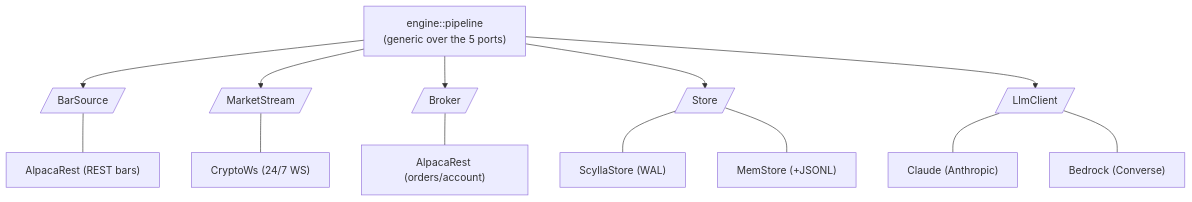
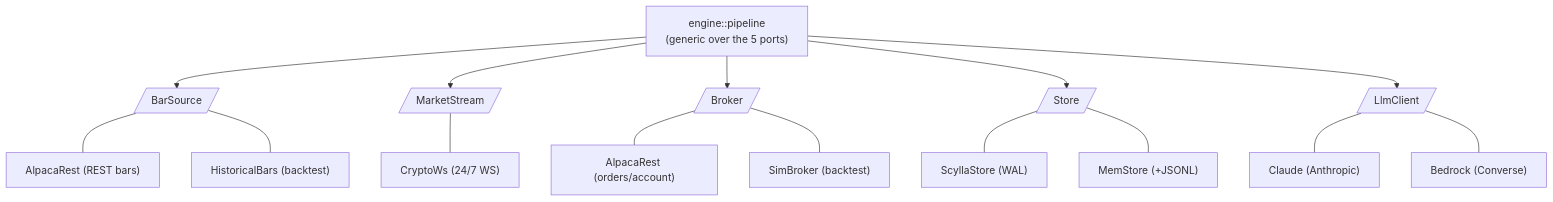
Before and after one commit to deSigntheClutch/alpaca-trading-system-rust: the third of 5 diagrams in DESIGN.md, drawn with Mermaid. The commit also changed other lines of this file, not shown here.

First line of the commit message:
docs(design): specify backtest (§6) + decision-visualizing frontend (§7)

````diff
--- a/DESIGN.md
+++ b/DESIGN.md
@@ -75,16 +78,18 @@
 ```mermaid
 flowchart TB
   ENG["engine::pipeline<br/>(generic over the 5 ports)"]
   ENG --> BS[/"BarSource"/]
   ENG --> MS[/"MarketStream"/]
   ENG --> BR[/"Broker"/]
   ENG --> ST[/"Store"/]
   ENG --> LL[/"LlmClient"/]
   BS --- AL1["AlpacaRest (REST bars)"]
+  BS --- HB["HistoricalBars (backtest)"]
   MS --- AL2["CryptoWs (24/7 WS)"]
   BR --- AL1b["AlpacaRest (orders/account)"]
+  BR --- SB["SimBroker (backtest)"]
   ST --- SC["ScyllaStore (WAL)"]
   ST --- MEM["MemStore (+JSONL)"]
   LL --- CL["Claude (Anthropic)"]
   LL --- BD["Bedrock (Converse)"]
 ```
````
